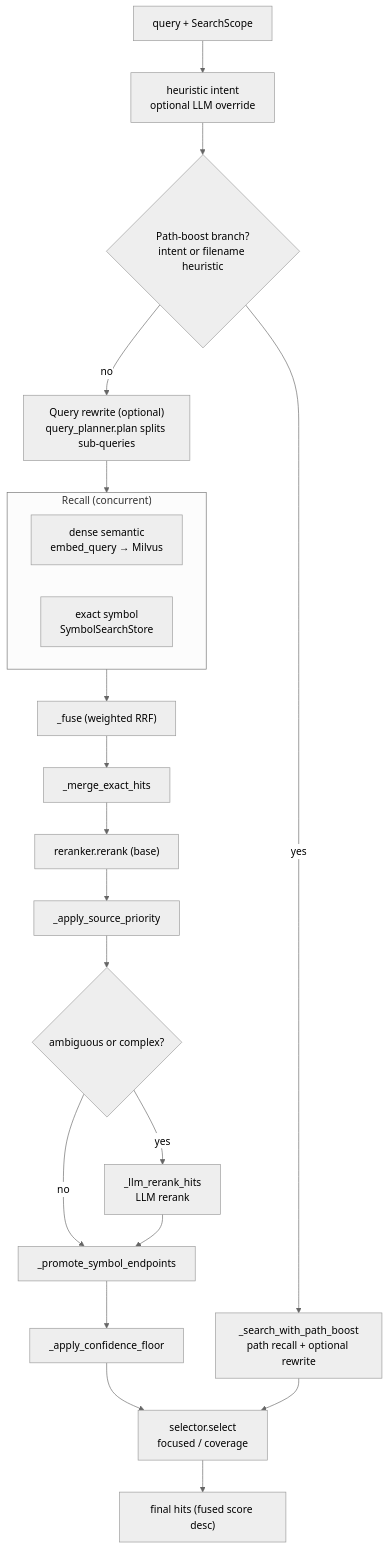
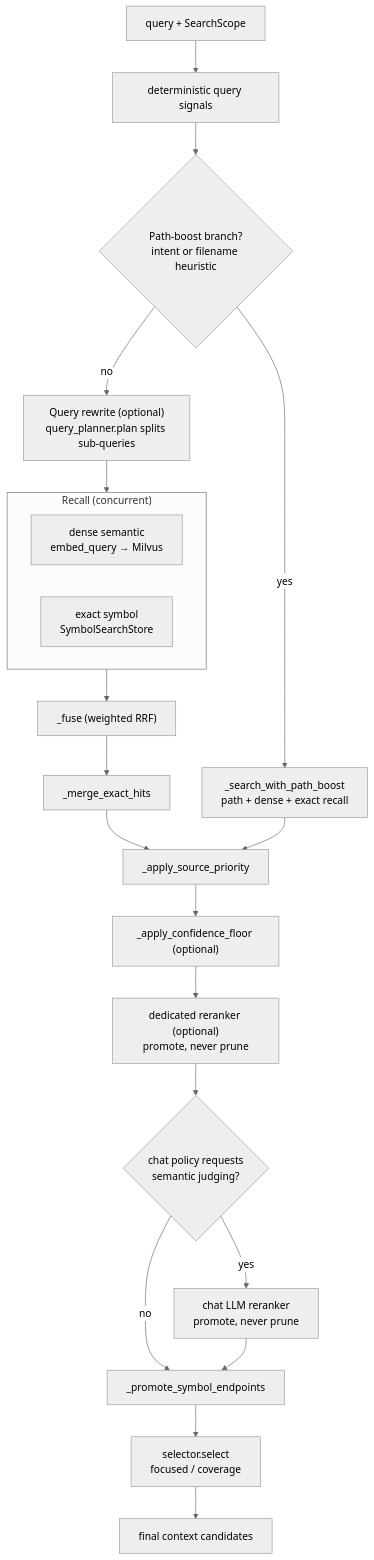
One commit to JasonEX/oce changed the second of 2 diagrams in README.md. Above: the diagram before and after it, drawn with Mermaid (neutral theme). The commit also changed other lines of this file and 32 other files, not shown here.

````diff
--- a/README.md
+++ b/README.md
@@ -413,31 +439,31 @@
 ```mermaid
 flowchart TB
     Q["query + SearchScope"]
-    Q --> Intent["heuristic intent<br/>optional LLM override"]
+    Q --> Intent["deterministic query signals"]
     Intent --> PathCheck{"Path-boost branch?<br/>intent or filename heuristic"}
 
-    PathCheck -->|yes| PathBoost["_search_with_path_boost<br/>path recall + optional rewrite"]
+    PathCheck -->|yes| PathBoost["_search_with_path_boost<br/>path + dense + exact recall"]
     PathCheck -->|no| Rewrite["Query rewrite (optional)<br/>query_planner.plan splits sub-queries"]
 
     Rewrite --> Recall
 
     subgraph Recall["Recall (concurrent)"]
         direction LR
         Dense["dense semantic<br/>embed_query → Milvus"]
         Exact["exact symbol<br/>SymbolSearchStore"]
     end
 
     Recall --> Fuse["_fuse (weighted RRF)"]
     Fuse --> Merge["_merge_exact_hits"]
-    Merge --> Rerank["reranker.rerank (base)"]
-    Rerank --> Source["_apply_source_priority"]
-    Source --> Gate{"ambiguous or complex?"}
-    Gate -->|yes| LLMRerank["_llm_rerank_hits<br/>LLM rerank"]
+    Merge --> Source["_apply_source_priority"]
+    Source --> Floor["_apply_confidence_floor (optional)"]
+    Floor --> Rerank["dedicated reranker (optional)<br/>promote, never prune"]
+    Rerank --> Gate{"chat policy requests<br/>semantic judging?"}
+    Gate -->|yes| LLMRerank["chat LLM reranker<br/>promote, never prune"]
     Gate -->|no| Promote
     LLMRerank --> Promote["_promote_symbol_endpoints"]
-    Promote --> Floor["_apply_confidence_floor"]
-    Floor --> Select["selector.select<br/>focused / coverage"]
+    Promote --> Select["selector.select<br/>focused / coverage"]
 
-    PathBoost --> Select
-    Select --> Out["final hits (fused score desc)"]
+    PathBoost --> Source
+    Select --> Out["final context candidates"]
 ```
````
